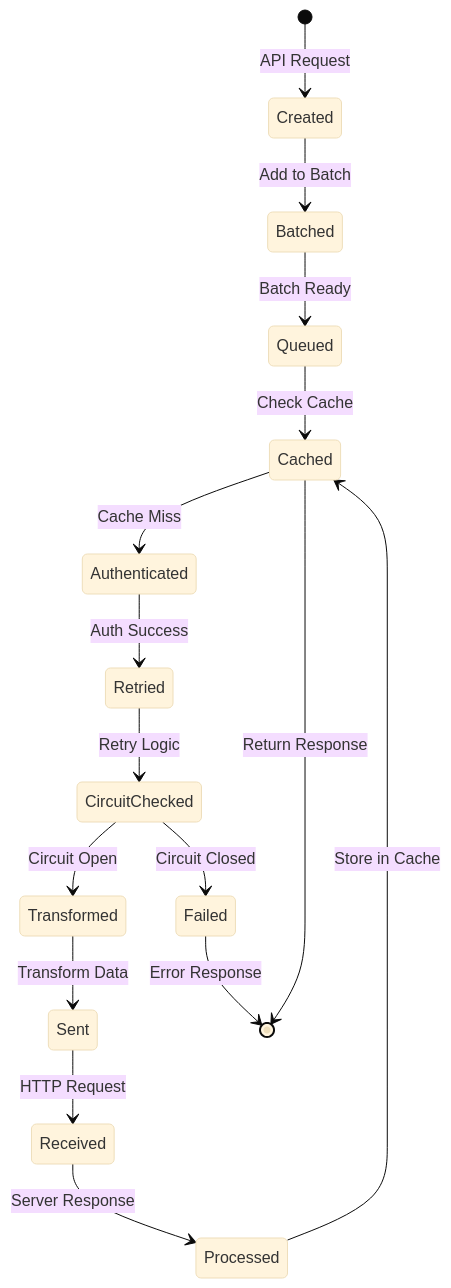
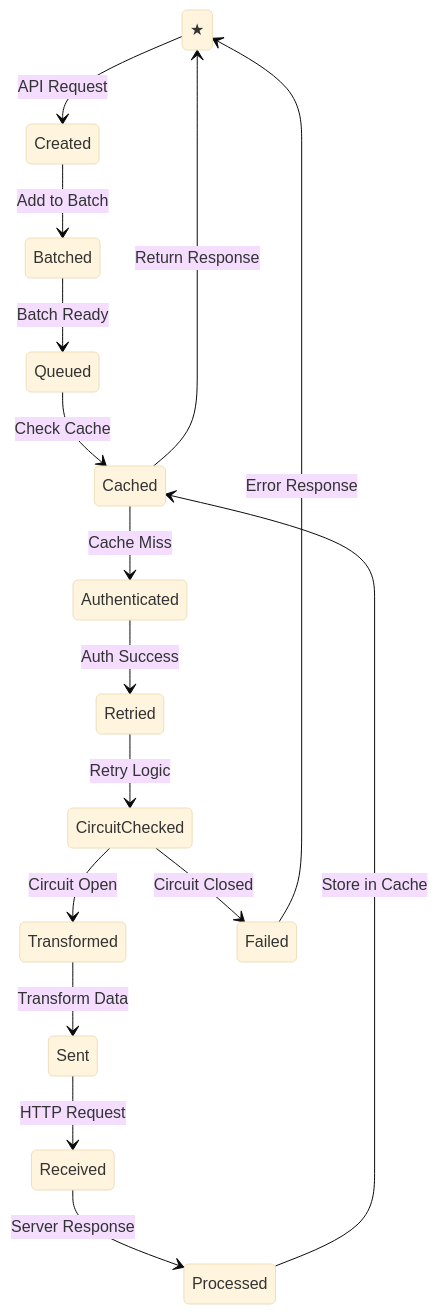
Before and after one commit to Underwood-Inc/strixun-stream-suite: diagram 12 of 18 in docs/architecture/system-overview.md, drawn with Mermaid (base theme). The commit also changed other lines of this file and 609 other files, not shown here.

````diff
--- a/docs/architecture/system-overview.md
+++ b/docs/architecture/system-overview.md
@@ -439,19 +439,19 @@
 ```mermaid
 stateDiagram-v2
-    [*] --> Created: API Request
+    ★ --> Created: API Request
     Created --> Batched: Add to Batch
     Batched --> Queued: Batch Ready
     Queued --> Cached: Check Cache
     Cached --> Authenticated: Cache Miss
     Authenticated --> Retried: Auth Success
     Retried --> CircuitChecked: Retry Logic
     CircuitChecked --> Transformed: Circuit Open
     Transformed --> Sent: Transform Data
     Sent --> Received: HTTP Request
     Received --> Processed: Server Response
     Processed --> Cached: Store in Cache
-    Cached --> [*]: Return Response
+    Cached --> ★: Return Response
     
     CircuitChecked --> Failed: Circuit Closed
-    Failed --> [*]: Error Response
+    Failed --> ★: Error Response
 ```
````
